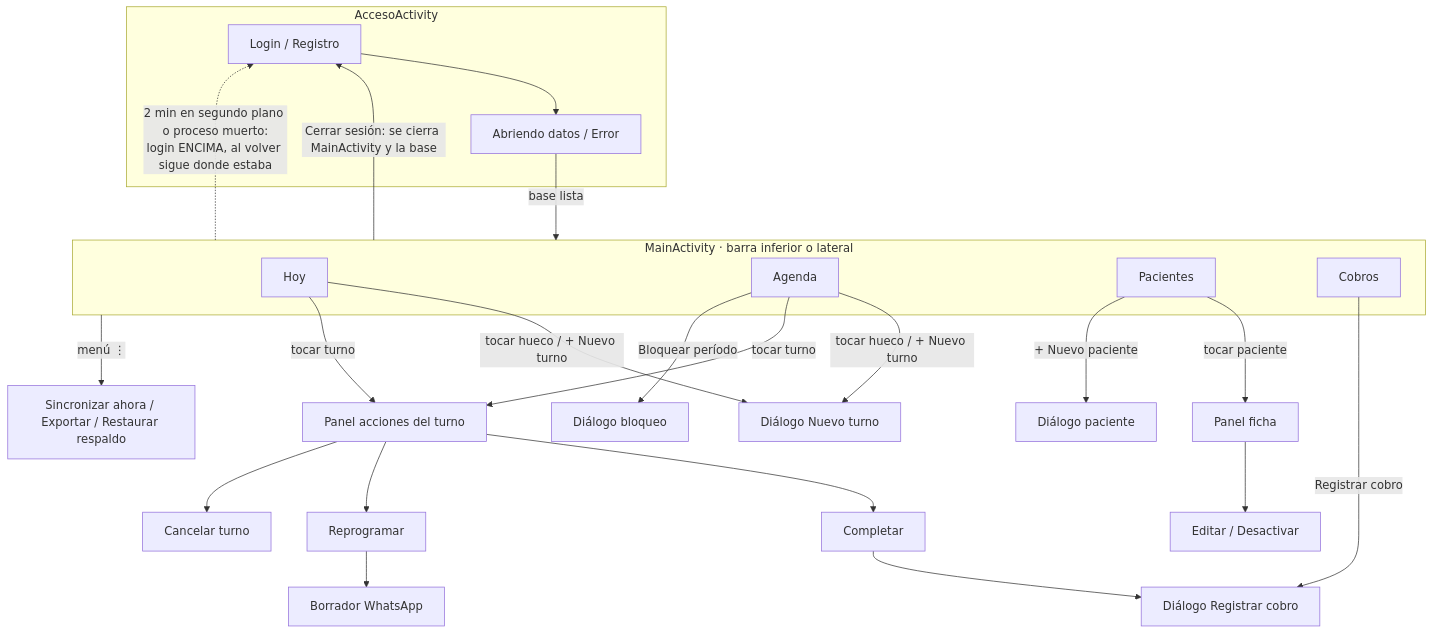
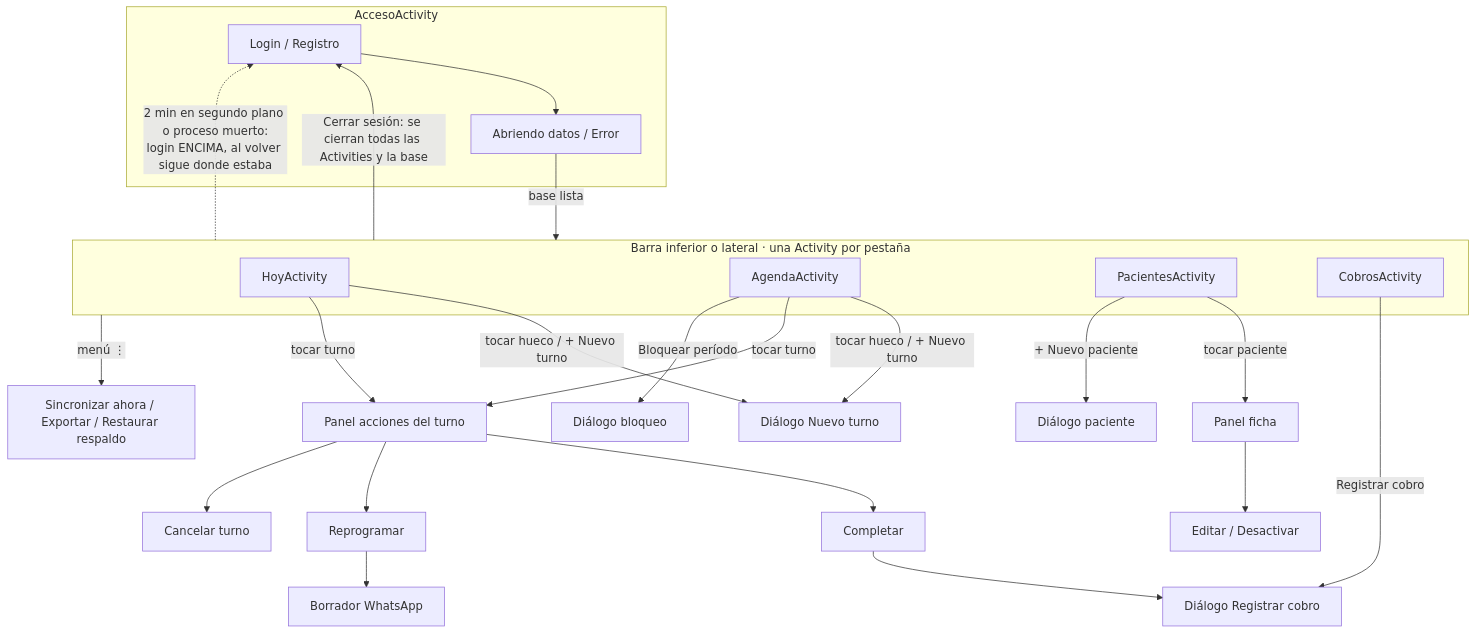
Before and after one commit to fguerrero2/DesarrolloAplicaciones1: the first of 4 diagrams in TPO1_app/IMPLEMENTACION.md, drawn with Mermaid. The commit also changed other lines of this file and 14 other files, not shown here.

First line of the commit message:
Una Activity por pantalla: Hoy, Agenda, Pacientes y Cobros

````diff
--- a/TPO1_app/IMPLEMENTACION.md
+++ b/TPO1_app/IMPLEMENTACION.md
@@ -204,25 +204,25 @@
 ```mermaid
 flowchart TD
     subgraph AA[AccesoActivity]
         L[Login / Registro] --> AB[Abriendo datos / Error]
     end
     AB -->|base lista| N
-    subgraph N[MainActivity · barra inferior o lateral]
-        H[Hoy]
-        A[Agenda]
-        P[Pacientes]
-        C[Cobros]
+    subgraph N[Barra inferior o lateral · una Activity por pestaña]
+        H[HoyActivity]
+        A[AgendaActivity]
+        P[PacientesActivity]
+        C[CobrosActivity]
     end
     H & A -->|tocar hueco / + Nuevo turno| NT[Diálogo Nuevo turno]
     H & A -->|tocar turno| AT[Panel acciones del turno]
     AT --> CS[Completar] --> RC[Diálogo Registrar cobro]
     AT --> RP[Reprogramar] --> WA[Borrador WhatsApp]
     AT --> CT[Cancelar turno]
     A -->|Bloquear período| BP[Diálogo bloqueo]
     P -->|tocar paciente| FP[Panel ficha] --> EP[Editar / Desactivar]
     P -->|+ Nuevo paciente| NP[Diálogo paciente]
     C -->|Registrar cobro| RC
     N -->|menú ⋮| RS[Sincronizar ahora / Exportar / Restaurar respaldo]
-    N -->|Cerrar sesión: se cierra MainActivity y la base| L
+    N -->|Cerrar sesión: se cierran todas las Activities y la base| L
     N -.->|2 min en segundo plano o proceso muerto:<br/>login ENCIMA, al volver sigue donde estaba| L
 ```
````
